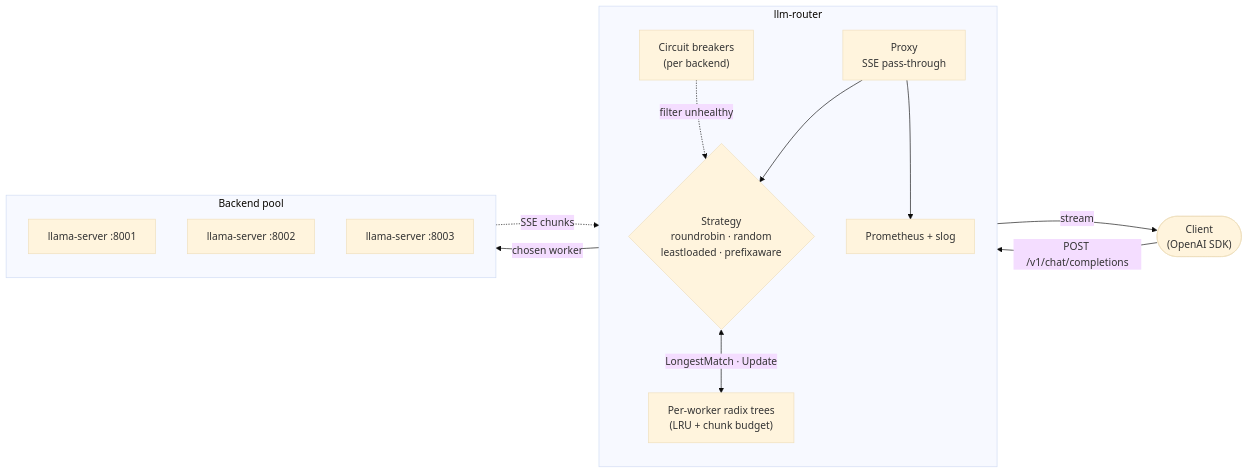
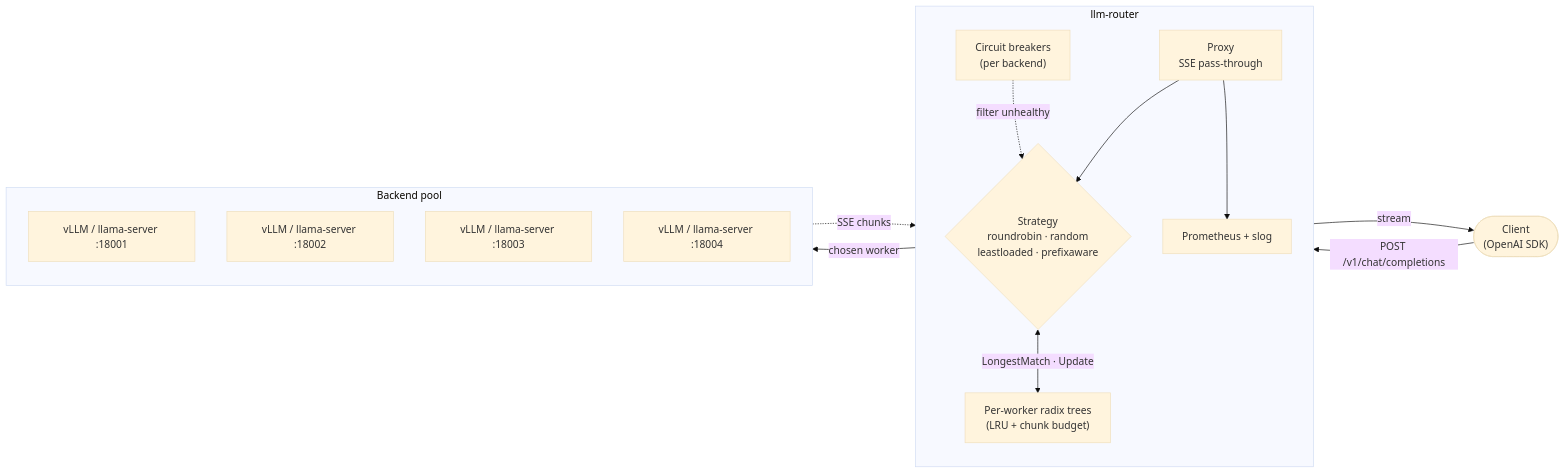
One commit to zxuhan/llm-router changed the first of 2 diagrams in README.md. Above: the diagram before and after it, drawn with Mermaid (base theme). The commit also changed other lines of this file and 7 other files, not shown here.

````diff
--- a/README.md
+++ b/README.md
@@ -98,28 +94,29 @@
 ```mermaid
 flowchart LR
     C(["Client<br/>(OpenAI SDK)"])
 
     subgraph Router["llm-router"]
         direction TB
         P["Proxy<br/>SSE pass-through"]
         S{"Strategy<br/>roundrobin · random<br/>leastloaded · prefixaware"}
         T["Per-worker radix trees<br/>(LRU + chunk budget)"]
         H["Circuit breakers<br/>(per backend)"]
         M["Prometheus + slog"]
     end
 
     subgraph Backends["Backend pool"]
-        W0["llama-server :8001"]
-        W1["llama-server :8002"]
-        W2["llama-server :8003"]
+        W0["vLLM / llama-server :18001"]
+        W1["vLLM / llama-server :18002"]
+        W2["vLLM / llama-server :18003"]
+        W3["vLLM / llama-server :18004"]
     end
 
     C -- "POST /v1/chat/completions" --> P
     P --> S
     S <-- "LongestMatch · Update" --> T
     H -. "filter unhealthy" .-> S
     S -- "chosen worker" --> Backends
     Backends -. "SSE chunks" .-> P
     P -- "stream" --> C
     P --> M
 ```
````
